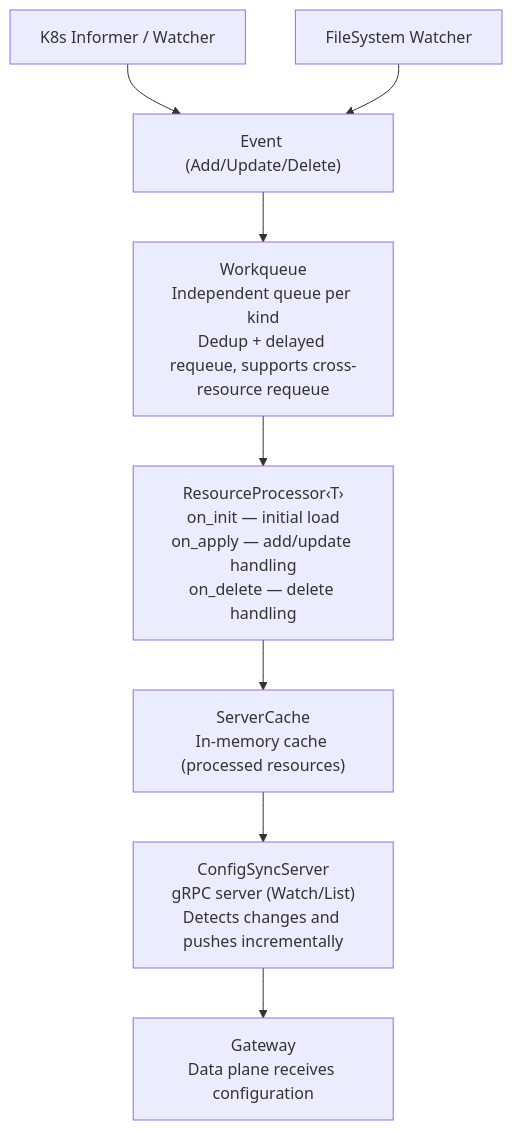
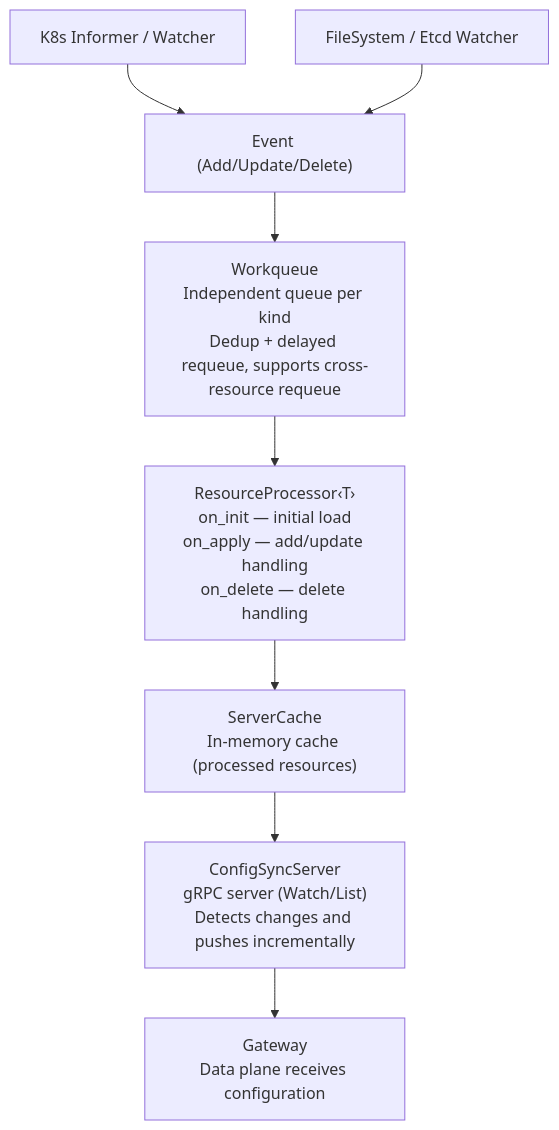
Before and after one commit to Pandaala/Edgion: the diagram in skills/01-architecture/01-controller/00-overview.md, drawn with Mermaid. The commit also changed other lines of this file and 2559 other files, not shown here.

````diff
--- a/skills/01-architecture/01-controller/00-overview.md
+++ b/skills/01-architecture/01-controller/00-overview.md
@@ -159,10 +177,10 @@
 ```mermaid
 flowchart TD
     A["K8s Informer / Watcher"] --> C["Event (Add/Update/Delete)"]
-    B["FileSystem Watcher"] --> C
+    B["FileSystem / Etcd Watcher"] --> C
     C --> D["Workqueue\nIndependent queue per kind\nDedup + delayed requeue, supports cross-resource requeue"]
     D --> E["ResourceProcessor‹T›\non_init — initial load\non_apply — add/update handling\non_delete — delete handling"]
     E --> F["ServerCache\nIn-memory cache (processed resources)"]
     F --> G["ConfigSyncServer\ngRPC server (Watch/List)\nDetects changes and pushes incrementally"]
     G --> H["Gateway\nData plane receives configuration"]
 ```
````
